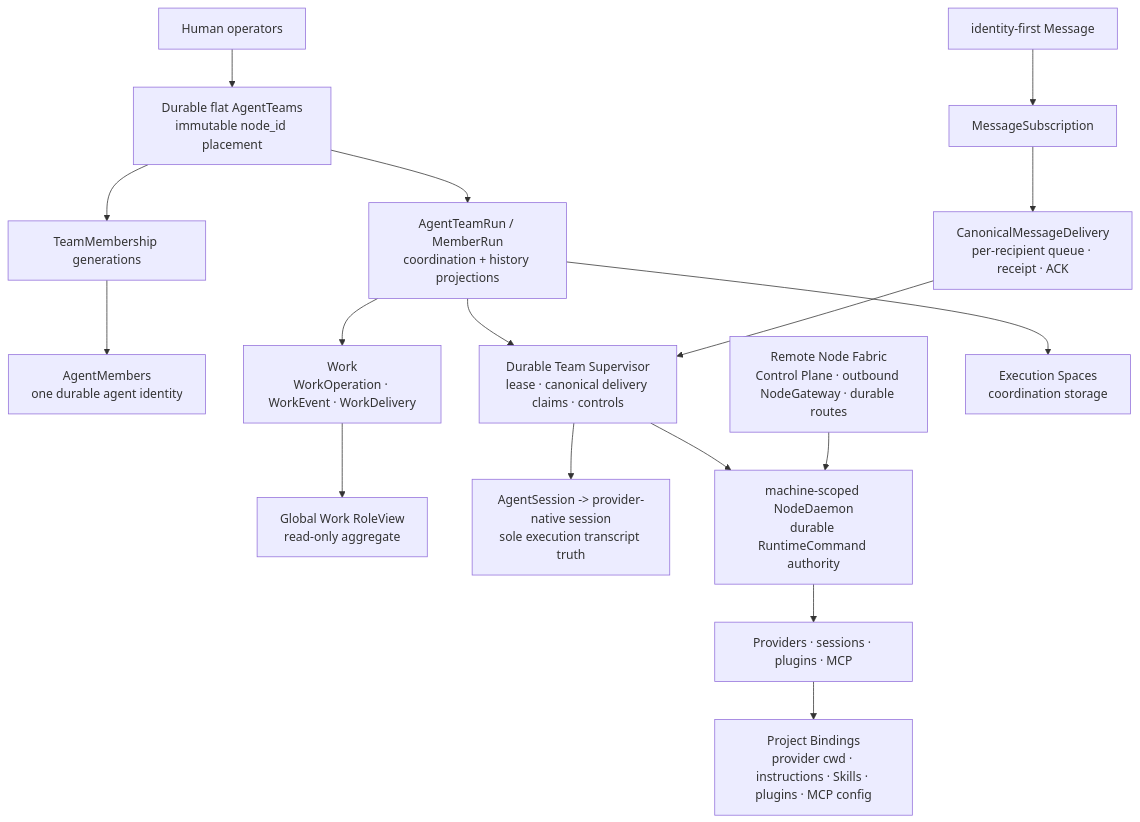
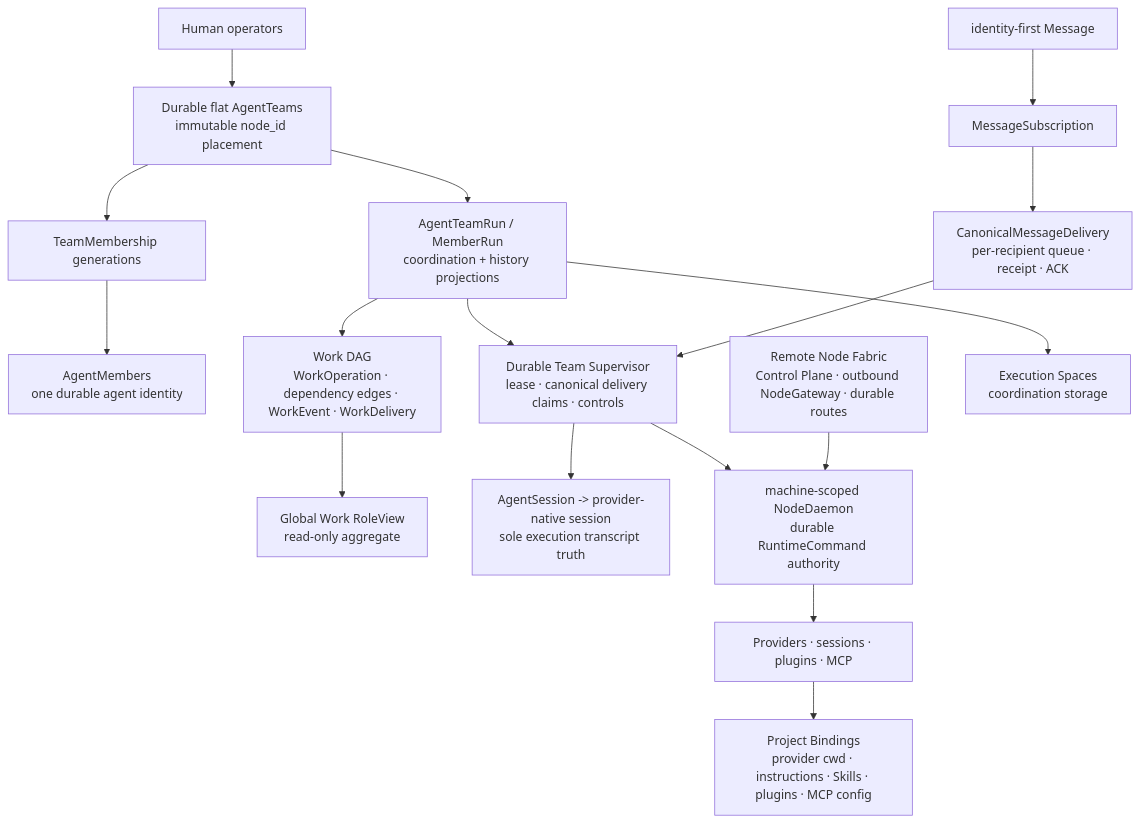
Before and after one commit to cyl19970726/multi-agent-harness: the diagram in docs/current/architecture/architecture-map.md, drawn with Mermaid. The commit also changed other lines of this file and 30 other files, not shown here.

Commit message:
docs: define Work DAG and kernel boundaries

````diff
--- a/docs/current/architecture/architecture-map.md
+++ b/docs/current/architecture/architecture-map.md
@@ -9,37 +9,37 @@
 ```mermaid
 flowchart TB
   Human["Human operators"]
   Teams["Durable flat AgentTeams\nimmutable node_id placement"]
   Members["AgentMembers\none durable agent identity"]
   Membership["TeamMembership generations"]
   Runs["AgentTeamRun / MemberRun\ncoordination + history projections"]
   Supervisor["Durable Team Supervisor\nlease · canonical delivery claims · controls"]
-  Work["Work\nWorkOperation · WorkEvent · WorkDelivery"]
+  Work["Work DAG\nWorkOperation · dependency edges · WorkEvent · WorkDelivery"]
   GlobalWork["Global Work RoleView\nread-only aggregate"]
   Msg["identity-first Message"]
   Sub["MessageSubscription"]
   Delivery["CanonicalMessageDelivery\nper-recipient queue · receipt · ACK"]
   Sessions["AgentSession -> provider-native session\nsole execution transcript truth"]
   Daemon["machine-scoped NodeDaemon\ndurable RuntimeCommand authority"]
   Fabric["Remote Node Fabric\nControl Plane · outbound NodeGateway · durable routes"]
   Runtime["Providers · sessions · plugins · MCP"]
   Spaces["Execution Spaces\ncoordination storage"]
   Bindings["Project Bindings\nprovider cwd · instructions · Skills · plugins · MCP config"]
 
   Human --> Teams
   Teams --> Membership
   Membership --> Members
   Teams --> Runs
   Runs --> Supervisor
   Runs --> Work
   Work --> GlobalWork
   Msg --> Sub
   Sub --> Delivery
   Delivery --> Supervisor
   Supervisor --> Sessions
   Supervisor --> Daemon
   Daemon --> Runtime
   Fabric --> Daemon
   Runs --> Spaces
   Runtime --> Bindings
 ```
````
